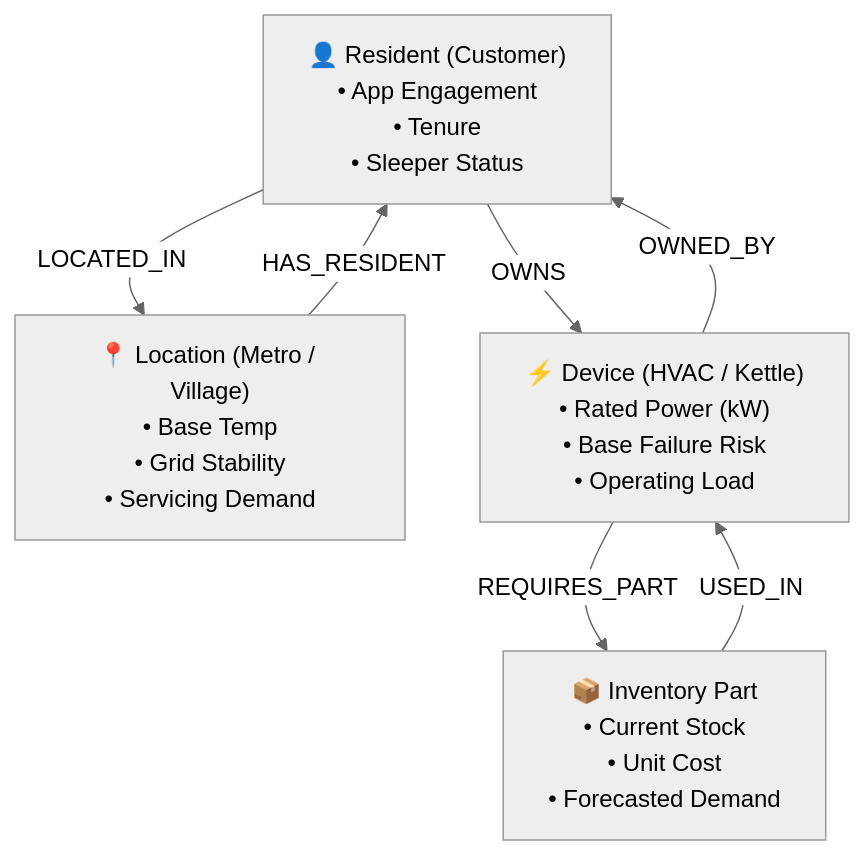
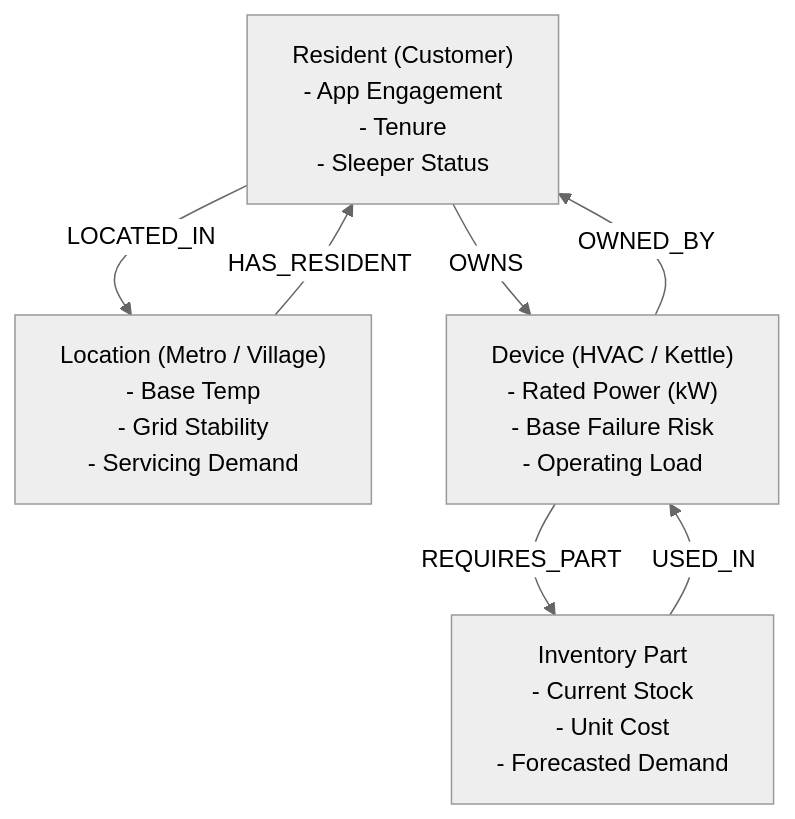
One commit to AnimeshBasak-14/SmartHVAC changed the second of 2 diagrams in docs/ARCHITECTURE_AND_IMPLEMENTATION.md. Above: the diagram before and after it, drawn with Mermaid (neutral theme). The commit also changed other lines of this file and 51 other files, not shown here.

````diff
--- a/docs/ARCHITECTURE_AND_IMPLEMENTATION.md
+++ b/docs/ARCHITECTURE_AND_IMPLEMENTATION.md
@@ -45,16 +45,16 @@
 ```mermaid
-graph TD
-    Resident["👤 Resident (Customer)<br>• App Engagement<br>• Tenure<br>• Sleeper Status"]
-    Location["📍 Location (Metro / Village)<br>• Base Temp<br>• Grid Stability<br>• Servicing Demand"]
-    Device["⚡ Device (HVAC / Kettle)<br>• Rated Power (kW)<br>• Base Failure Risk<br>• Operating Load"]
-    Part["📦 Inventory Part<br>• Current Stock<br>• Unit Cost<br>• Forecasted Demand"]
+flowchart TD
+    Resident["Resident (Customer)<br>- App Engagement<br>- Tenure<br>- Sleeper Status"]
+    Location["Location (Metro / Village)<br>- Base Temp<br>- Grid Stability<br>- Servicing Demand"]
+    Device["Device (HVAC / Kettle)<br>- Rated Power (kW)<br>- Base Failure Risk<br>- Operating Load"]
+    Part["Inventory Part<br>- Current Stock<br>- Unit Cost<br>- Forecasted Demand"]
 
     Resident -- "LOCATED_IN" --> Location
     Location -- "HAS_RESIDENT" --> Resident
 
     Resident -- "OWNS" --> Device
     Device -- "OWNED_BY" --> Resident
 
     Device -- "REQUIRES_PART" --> Part
     Part -- "USED_IN" --> Device
 ```
````
